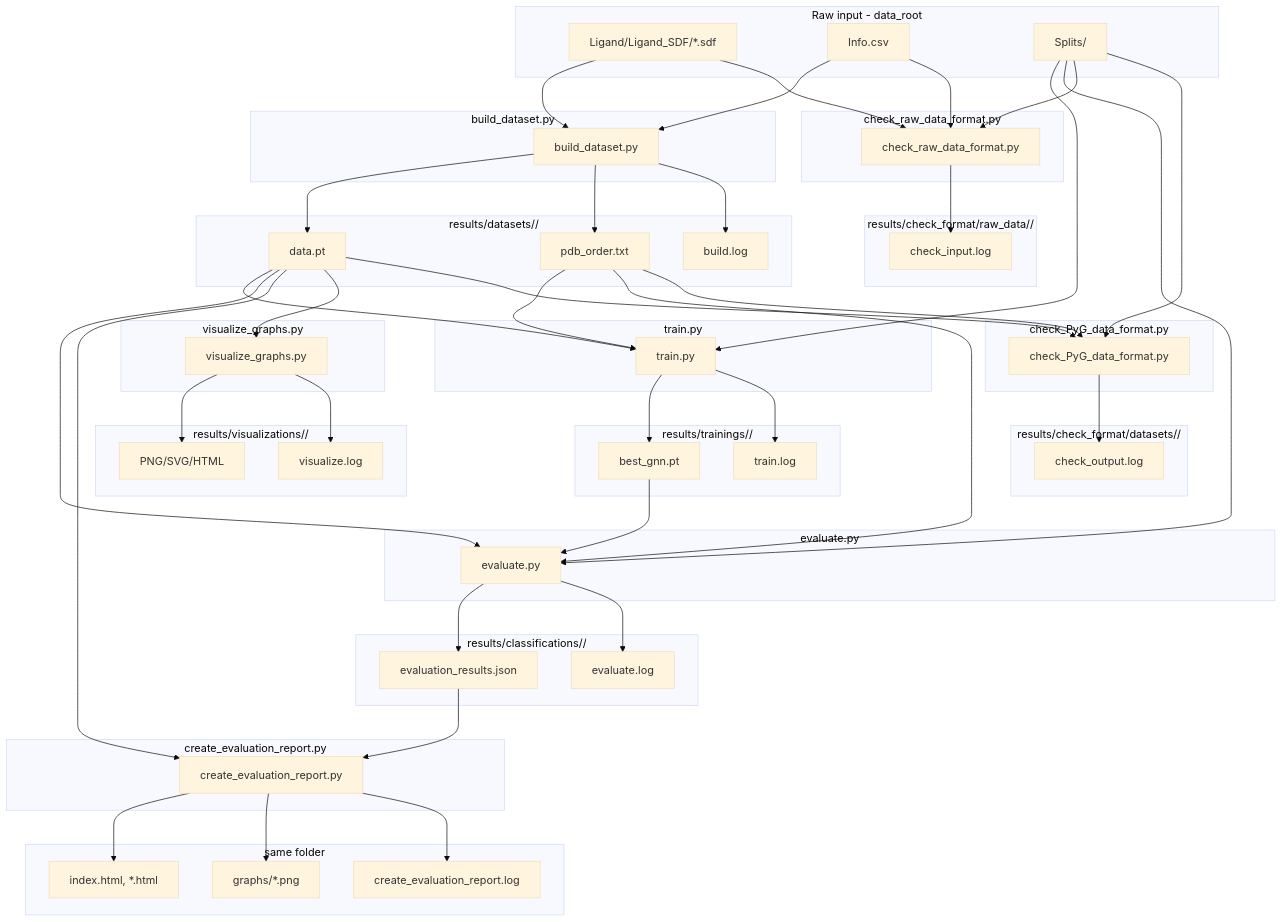
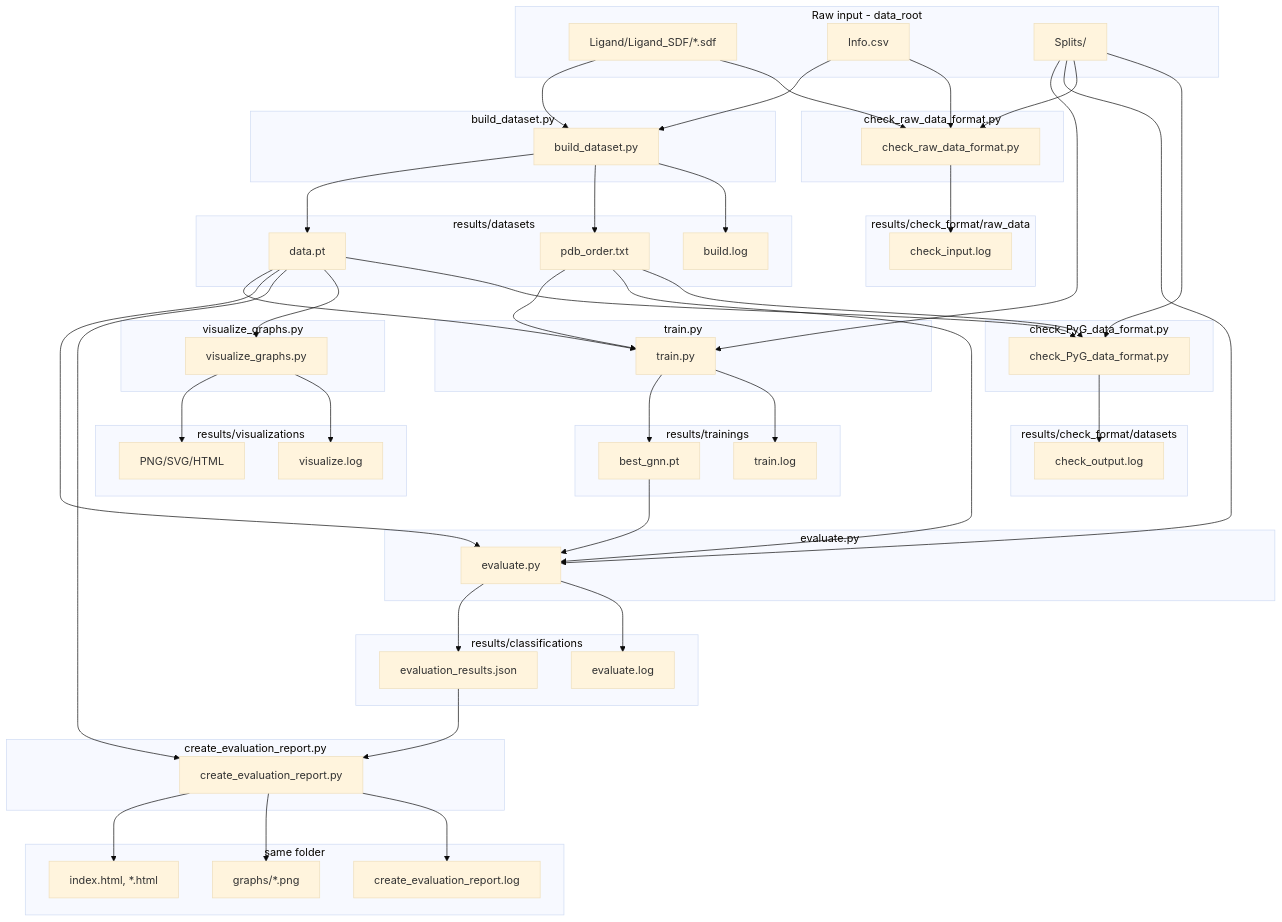
Before and after one commit to mananoreboton/mrpov3_gine_explainers: the first of 2 diagrams in mprov3_gine/README.md, drawn with Mermaid (base theme). The commit also changed other lines of this file and 27 other files, not shown here.

```diff
--- a/mprov3_gine/README.md
+++ b/mprov3_gine/README.md
@@ -24,7 +24,7 @@
         BuildCLI[build_dataset.py]
     end
 
-    subgraph out_datasets [results/datasets/<ts>/]
+    subgraph out_datasets [results/datasets]
         DataPT[data.pt]
         PdbOrder[pdb_order.txt]
         BuildLog[build.log]
@@ -34,7 +34,7 @@
         TrainCLI[train.py]
     end
 
-    subgraph out_trainings [results/trainings/<ts>/]
+    subgraph out_trainings [results/trainings]
         BestCkpt[best_gnn.pt]
         TrainLog[train.log]
     end
@@ -43,7 +43,7 @@
         EvalCLI[evaluate.py]
     end
 
-    subgraph out_classifications [results/classifications/<ts>/]
+    subgraph out_classifications [results/classifications]
         EvalJSON[evaluation_results.json]
         EvalLog[evaluate.log]
     end
@@ -62,7 +62,7 @@
         VizCLI[visualize_graphs.py]
     end
 
-    subgraph out_viz [results/visualizations/<ts>/]
+    subgraph out_viz [results/visualizations]
         VizPNG[PNG/SVG/HTML]
         VizLog[visualize.log]
     end
@@ -71,7 +71,7 @@
         CheckInCLI[check_raw_data_format.py]
     end
 
-    subgraph out_check_raw [results/check_format/raw_data/<ts>/]
+    subgraph out_check_raw [results/check_format/raw_data]
         CheckInLog[check_input.log]
     end
 
@@ -79,7 +79,7 @@
         CheckOutCLI[check_PyG_data_format.py]
     end
 
-    subgraph out_check_ds [results/check_format/datasets/<ts>/]
+    subgraph out_check_ds [results/check_format/datasets]
         CheckOutLog[check_output.log]
     end
 
```
